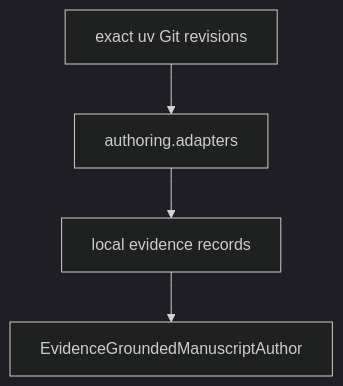
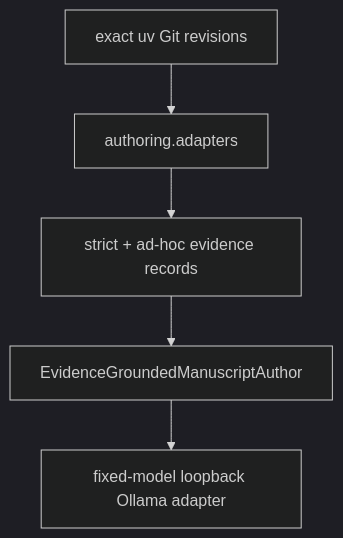
One commit to eragasa/ksdft2effmass changed the diagram in docs/architecture/ksdft2effmass/publications/authoring/adapters/implementation.md. Above: the diagram before and after it, drawn with Mermaid (dark theme). The commit also changed other lines of this file and 71 other files, not shown here.

````diff
--- a/docs/architecture/ksdft2effmass/publications/authoring/adapters/implementation.md
+++ b/docs/architecture/ksdft2effmass/publications/authoring/adapters/implementation.md
@@ -3,6 +3,7 @@
 ```mermaid
 flowchart TD
     OwnerPins["exact uv Git revisions"] --> Adapters["authoring.adapters"]
-    Adapters --> Evidence["local evidence records"]
+    Adapters --> Evidence["strict + ad-hoc evidence records"]
     Evidence --> Author["EvidenceGroundedManuscriptAuthor"]
+    Author --> Ollama["fixed-model loopback Ollama adapter"]
 ```
````
